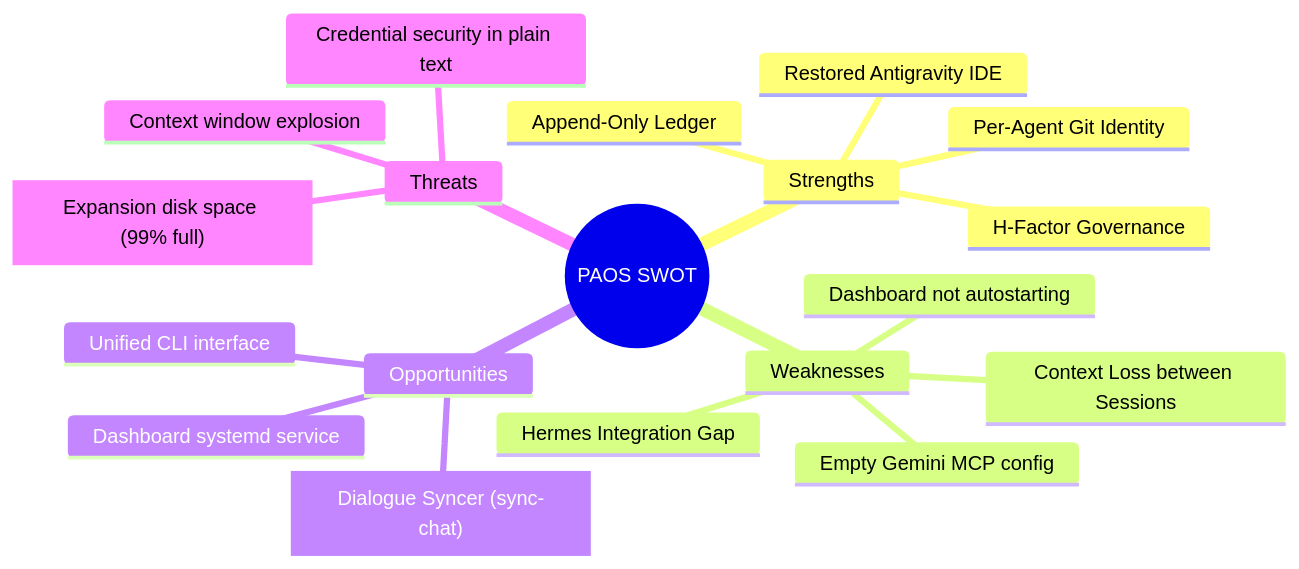
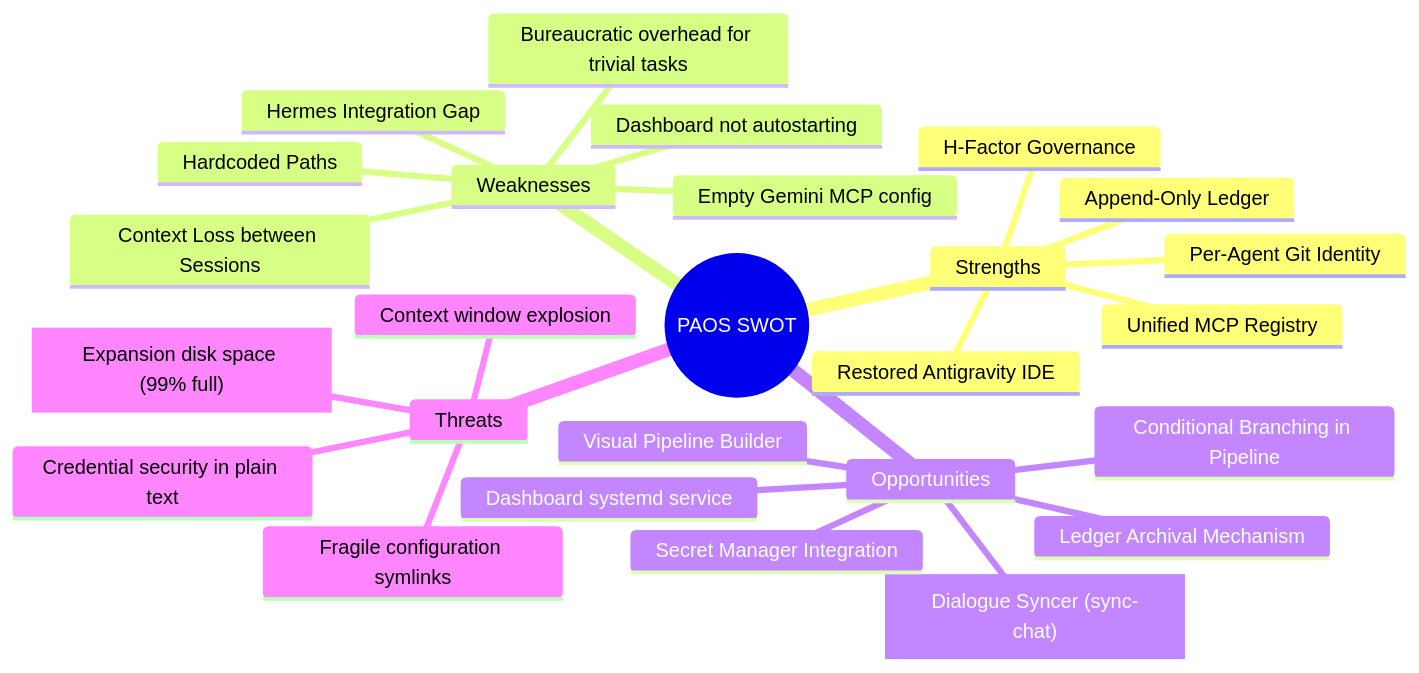
The diagram in logs/shared/swot_audit.md (7kim/PAOS), drawn with Mermaid before and after one commit. The commit also changed other lines of this file and 7 other files, not shown here.

````diff
--- a/logs/shared/swot_audit.md
+++ b/logs/shared/swot_audit.md
@@ -33,22 +33,29 @@
 ```mermaid
 mindmap
   root((PAOS SWOT))
     Strengths
       H-Factor Governance
       Append-Only Ledger
       Per-Agent Git Identity
       Restored Antigravity IDE
+      Unified MCP Registry
     Weaknesses
       Context Loss between Sessions
       Dashboard not autostarting
       Empty Gemini MCP config
       Hermes Integration Gap
+      Bureaucratic overhead for trivial tasks
+      Hardcoded Paths
     Opportunities
       ["Dialogue Syncer (sync-chat)"]
       Dashboard systemd service
-      Unified CLI interface
+      Secret Manager Integration
+      Ledger Archival Mechanism
+      Visual Pipeline Builder
+      Conditional Branching in Pipeline
     Threats
       ["Expansion disk space (99% full)"]
       Context window explosion
       Credential security in plain text
+      Fragile configuration symlinks
 ```
````
